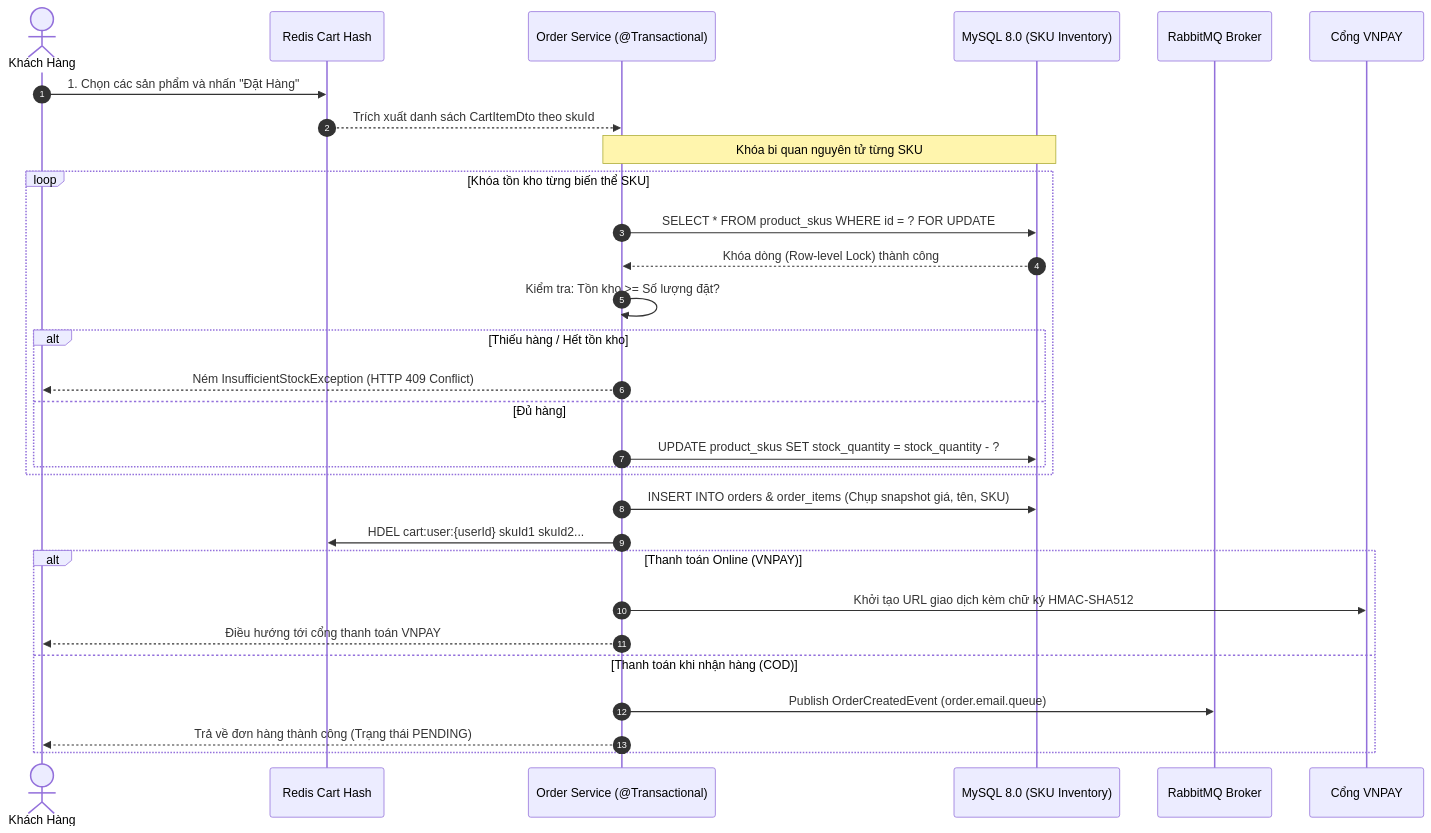
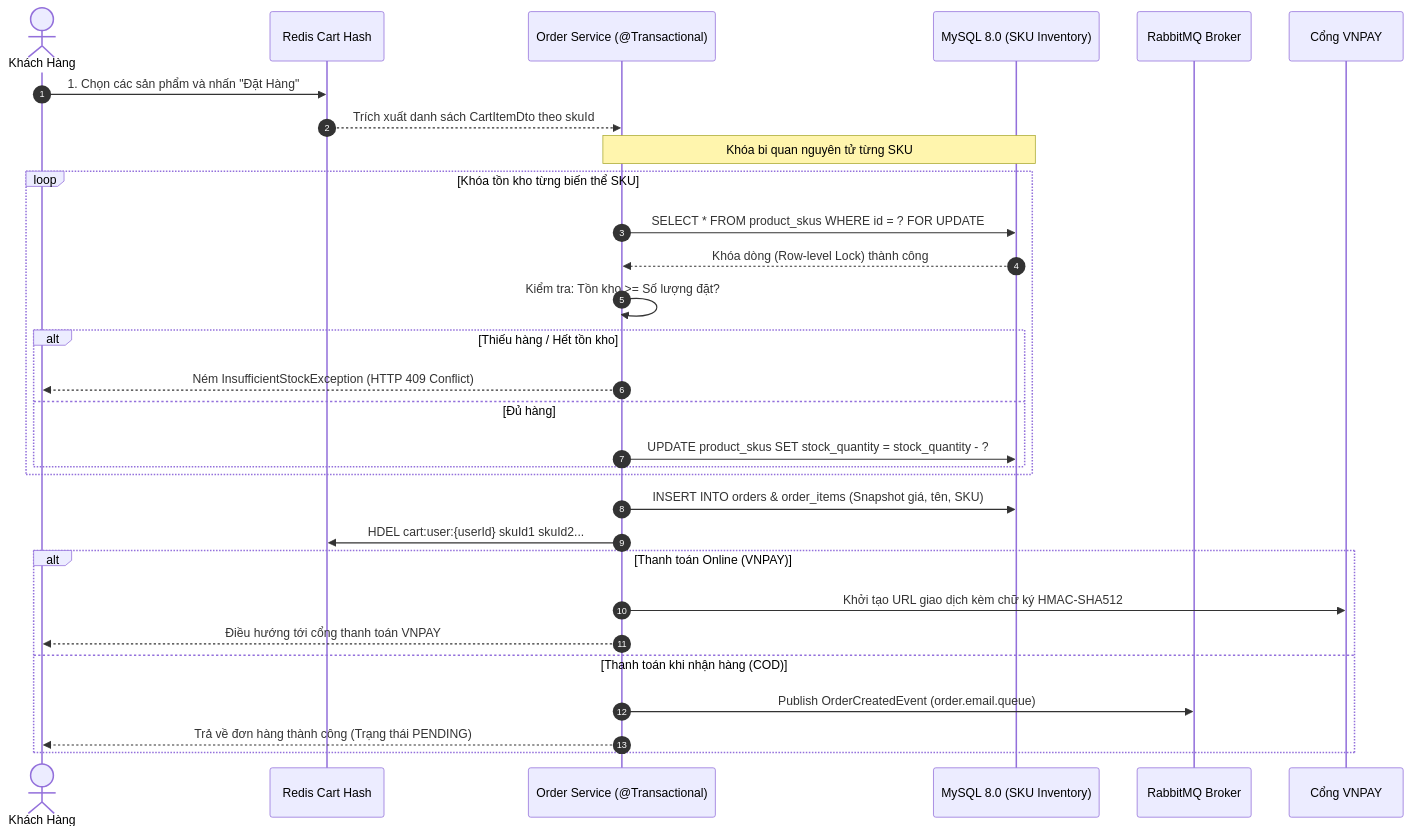
Before and after one commit to vass05/ShopBanHangOnline: the second of 4 diagrams in README.md, drawn with Mermaid. The commit also changed other lines of this file, not shown here.

````diff
--- a/README.md
+++ b/README.md
@@ -107,33 +108,33 @@
 ```mermaid
 sequenceDiagram
     autonumber
     actor User as Khách Hàng
     participant Cart as Redis Cart Hash
     participant OrderSvc as Order Service (@Transactional)
     participant DB as MySQL 8.0 (SKU Inventory)
     participant Broker as RabbitMQ Broker
     participant VNPAY as Cổng VNPAY
 
     User->>Cart: 1. Chọn các sản phẩm và nhấn "Đặt Hàng"
     Cart-->>OrderSvc: Trích xuất danh sách CartItemDto theo skuId
     Note over OrderSvc,DB: Khóa bi quan nguyên tử từng SKU
     loop Khóa tồn kho từng biến thể SKU
         OrderSvc->>DB: SELECT * FROM product_skus WHERE id = ? FOR UPDATE
         DB-->>OrderSvc: Khóa dòng (Row-level Lock) thành công
         OrderSvc->>OrderSvc: Kiểm tra: Tồn kho >= Số lượng đặt?
         alt Thiếu hàng / Hết tồn kho
             OrderSvc-->>User: Ném InsufficientStockException (HTTP 409 Conflict)
         else Đủ hàng
             OrderSvc->>DB: UPDATE product_skus SET stock_quantity = stock_quantity - ?
         end
     end
-    OrderSvc->>DB: INSERT INTO orders & order_items (Chụp snapshot giá, tên, SKU)
+    OrderSvc->>DB: INSERT INTO orders & order_items (Snapshot giá, tên, SKU)
     OrderSvc->>Cart: HDEL cart:user:{userId} skuId1 skuId2...
     alt Thanh toán Online (VNPAY)
         OrderSvc->>VNPAY: Khởi tạo URL giao dịch kèm chữ ký HMAC-SHA512
         OrderSvc-->>User: Điều hướng tới cổng thanh toán VNPAY
     else Thanh toán khi nhận hàng (COD)
         OrderSvc->>Broker: Publish OrderCreatedEvent (order.email.queue)
         OrderSvc-->>User: Trả về đơn hàng thành công (Trạng thái PENDING)
     end
 ```
````
